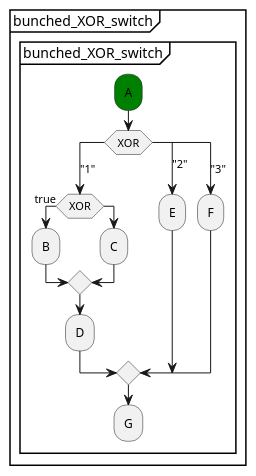
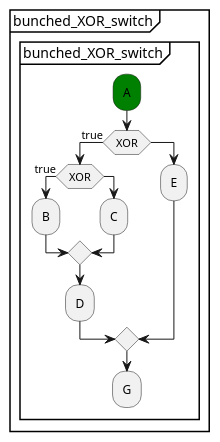
One commit to xtuml/otel2puml changed the diagram in puml_files/bunched_XOR_simple.puml. Above: the diagram before and after it, drawn with PlantUML.

Commit message:
CDSTP-8 Make failing test even simpler

```diff
--- a/puml_files/bunched_XOR_simple.puml
+++ b/puml_files/bunched_XOR_simple.puml
@@ -1,21 +1,18 @@
 @startuml
 partition "bunched_XOR_switch" {
     group "bunched_XOR_switch"
         #green:A;
-        switch (XOR)
-            case ("1")
+        if (XOR) then (true)
             if (XOR) then (true)
                 :B;
             else
                 :C;
             endif
             :D;
-            case ("2")
+        else
             :E;
-            case ("3")
-            :F;
-        endswitch
+        endif
         :G;
     end group
 }
 @enduml
```
